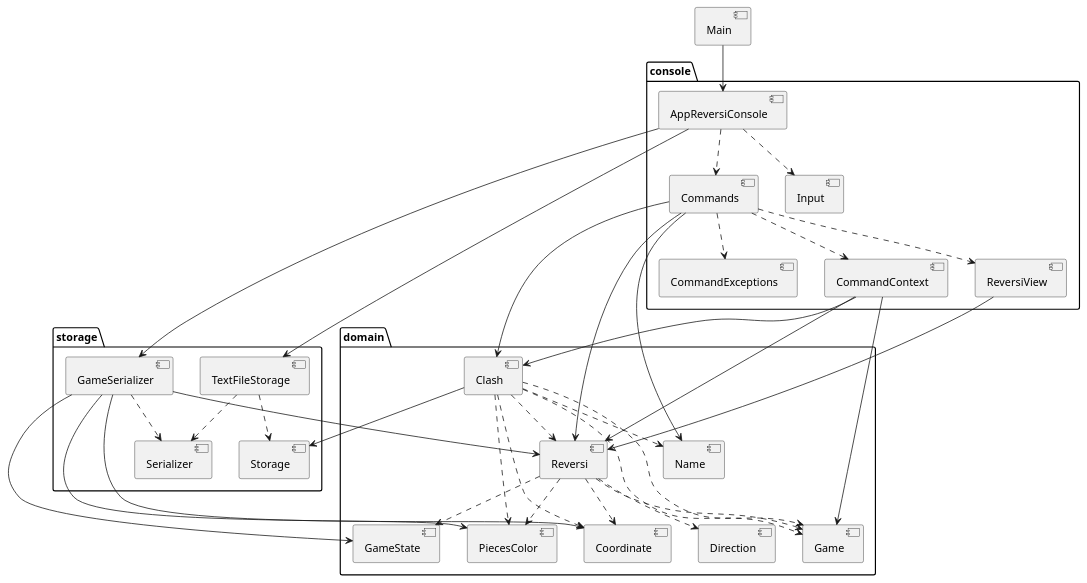
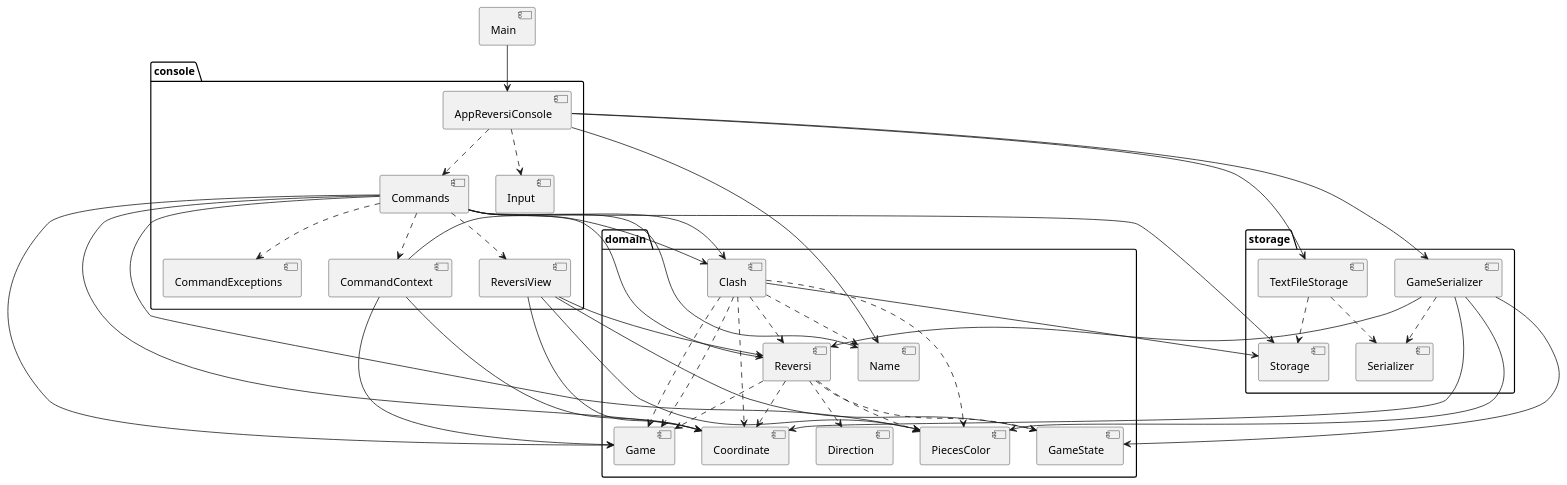
The diagram in docs/ComponentDependencies.puml (gbf96/Reversi_Game), drawn with PlantUML before and after one commit. The commit also changed 1 other file, not shown here.

Commit message:
Update diagrams.

```diff
--- a/docs/ComponentDependencies.puml
+++ b/docs/ComponentDependencies.puml
@@ -1,73 +1,82 @@
 @startuml
 ' https://plantuml.com/component-diagram
 
 
 
 package "console" {
   [AppReversiConsole]
   [Commands]
   [CommandContext]
   [Input]
   [ReversiView]
   [CommandExceptions]
 }
 
 package "domain" {
   [Game]
   [Reversi]
   [Clash]
   [Coordinate]
   [Direction]
   [GameState]
   [PiecesColor]
   [Name]
 }
 
 package "storage" {
   [Storage]
   [Serializer]
   [TextFileStorage]
   [GameSerializer]
 }
 
 [Main] --> [AppReversiConsole]
 
 [AppReversiConsole] ..> [Input]
 [AppReversiConsole] ..> [Commands]
 [AppReversiConsole] --> [TextFileStorage]
 [AppReversiConsole] --> [GameSerializer]
+[AppReversiConsole] --> [Name]
+
 
 [Commands] ..> [CommandExceptions]
 [Commands] ..> [CommandContext]
 [Commands] ..> [ReversiView]
 [Commands] --> [Reversi]
 [Commands] --> [Clash]
 [Commands] --> [Name]
+[Commands] --> [Game]
+[Commands] --> [Storage]
+[Commands] --> [PiecesColor]
+[Commands] --> [Coordinate]
 [CommandContext] --> [Game]
 [CommandContext] --> [Clash]
-[CommandContext] --> [Reversi]
+[CommandContext] --> [Coordinate]
 [ReversiView] --> [Reversi]
+[ReversiView] --> [Coordinate]
+[ReversiView] --> [PiecesColor]
+[ReversiView] --> [GameState]
 
 [Clash] ..> [Game]
 [Clash] --> [Storage]
 [Clash] ..> [Reversi]
 [Clash] ..> [Name]
 [Clash] ..> [Game]
 [Clash] ..> [PiecesColor]
 [Clash] ..> [Coordinate]
 
 [Reversi] ..> [Game]
 [Reversi] ..> [GameState]
 [Reversi] ..> [PiecesColor]
 [Reversi] ..> [Coordinate]
 [Reversi] ..> [Direction]
 
 [TextFileStorage] ..> [Storage]
 [TextFileStorage] ..> [Serializer]
 [GameSerializer] ..> [Serializer]
 [GameSerializer] --> [Reversi]
 [GameSerializer] --> [PiecesColor]
 [GameSerializer] --> [Coordinate]
 [GameSerializer] --> [GameState]
 
 @enduml
```
